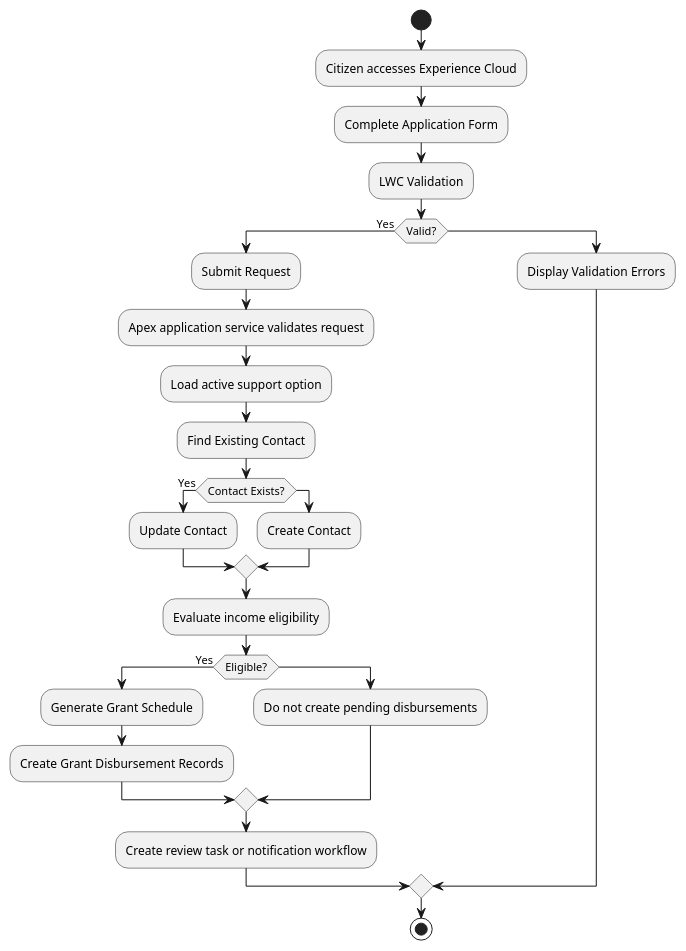
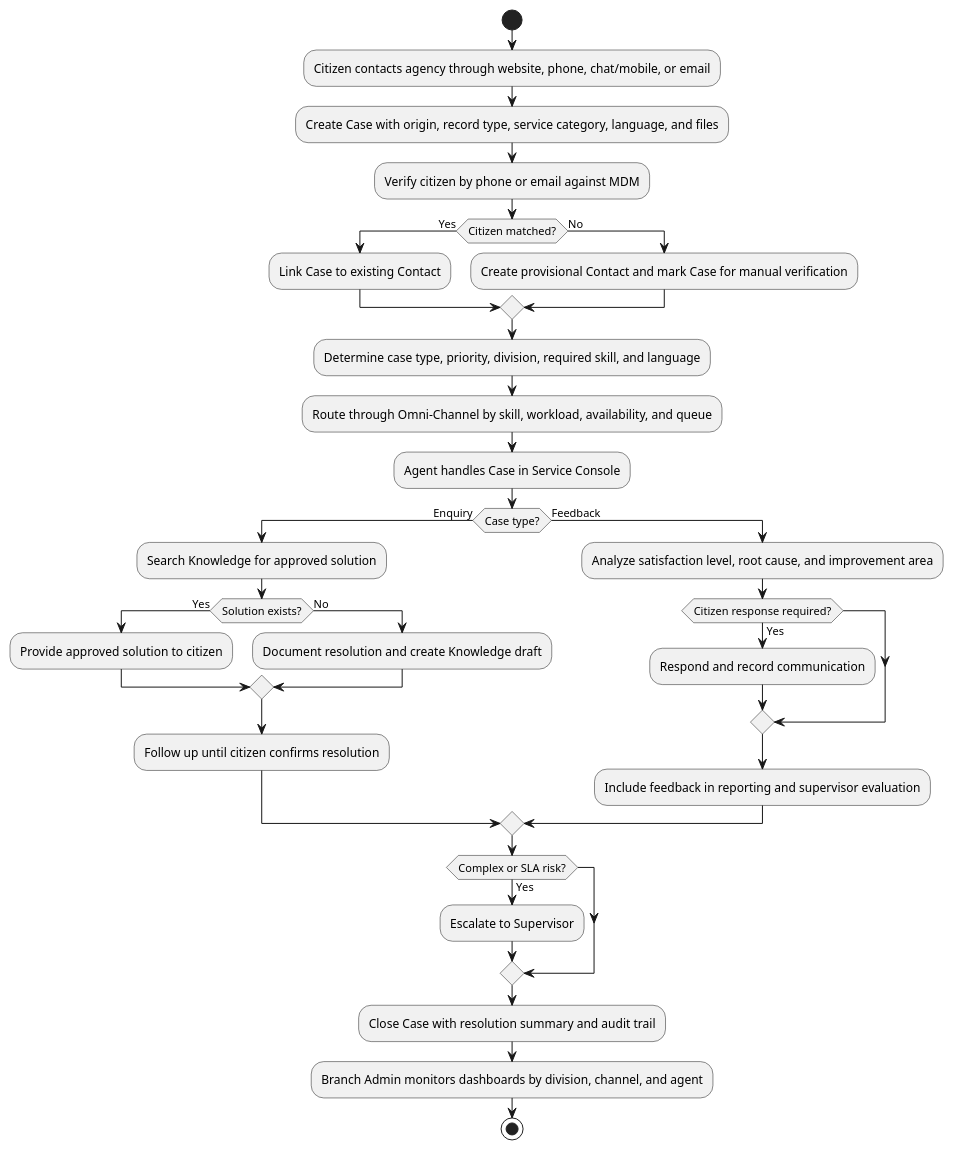
The diagram in puml task1/1.8 Business Flow.puml (jimmytobing/virtusa), drawn with PlantUML before and after one commit. The commit also changed 31 other files, not shown here.

```diff
--- a/puml task1/1.8 Business Flow.puml
+++ b/puml task1/1.8 Business Flow.puml
@@ -1,55 +1,42 @@
 @startuml
-
 start
 
-:Citizen accesses Experience Cloud;
+:Citizen contacts agency through website, phone, chat/mobile, or email;
+:Create Case with origin, record type, service category, language, and files;
+:Verify citizen by phone or email against MDM;
 
-:Complete Application Form;
-
-:LWC Validation;
-
-if (Valid?) then (Yes)
-
-:Submit Request;
-
-:Apex application service validates request;
-
-:Load active support option;
-
-:Find Existing Contact;
-
-if (Contact Exists?) then (Yes)
-
-:Update Contact;
-
-else
-
-:Create Contact;
-
+if (Citizen matched?) then (Yes)
+  :Link Case to existing Contact;
+else (No)
+  :Create provisional Contact and mark Case for manual verification;
 endif
 
-:Evaluate income eligibility;
+:Determine case type, priority, division, required skill, and language;
+:Route through Omni-Channel by skill, workload, availability, and queue;
+:Agent handles Case in Service Console;
 
-if (Eligible?) then (Yes)
-
-:Generate Grant Schedule;
-
-:Create Grant Disbursement Records;
-
-else
-
-:Do not create pending disbursements;
-
+if (Case type?) then (Enquiry)
+  :Search Knowledge for approved solution;
+  if (Solution exists?) then (Yes)
+    :Provide approved solution to citizen;
+  else (No)
+    :Document resolution and create Knowledge draft;
+  endif
+  :Follow up until citizen confirms resolution;
+else (Feedback)
+  :Analyze satisfaction level, root cause, and improvement area;
+  if (Citizen response required?) then (Yes)
+    :Respond and record communication;
+  endif
+  :Include feedback in reporting and supervisor evaluation;
 endif
 
-:Create review task or notification workflow;
-
-else
-
-:Display Validation Errors;
-
+if (Complex or SLA risk?) then (Yes)
+  :Escalate to Supervisor;
 endif
 
+:Close Case with resolution summary and audit trail;
+:Branch Admin monitors dashboards by division, channel, and agent;
+
 stop
-
 @enduml
```
